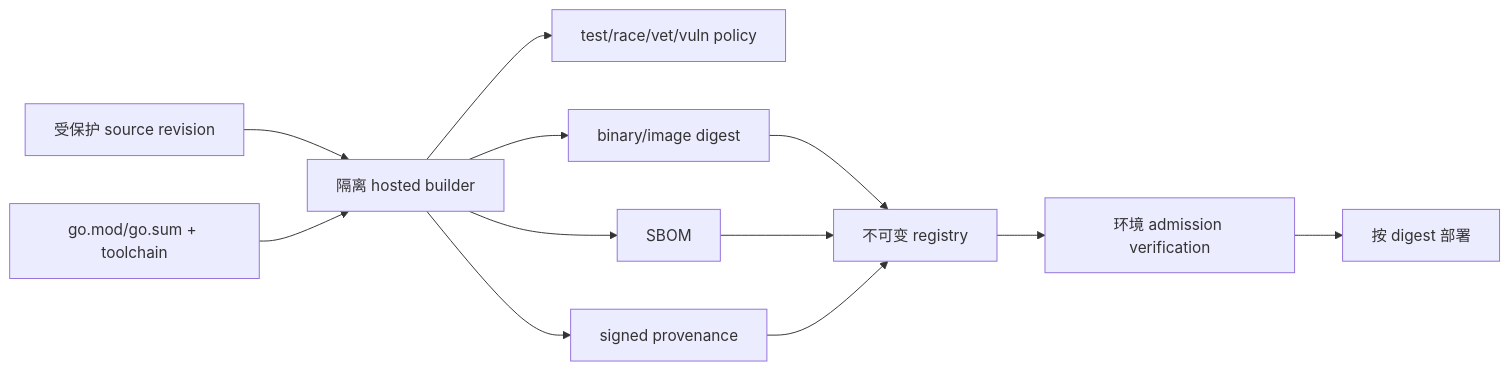
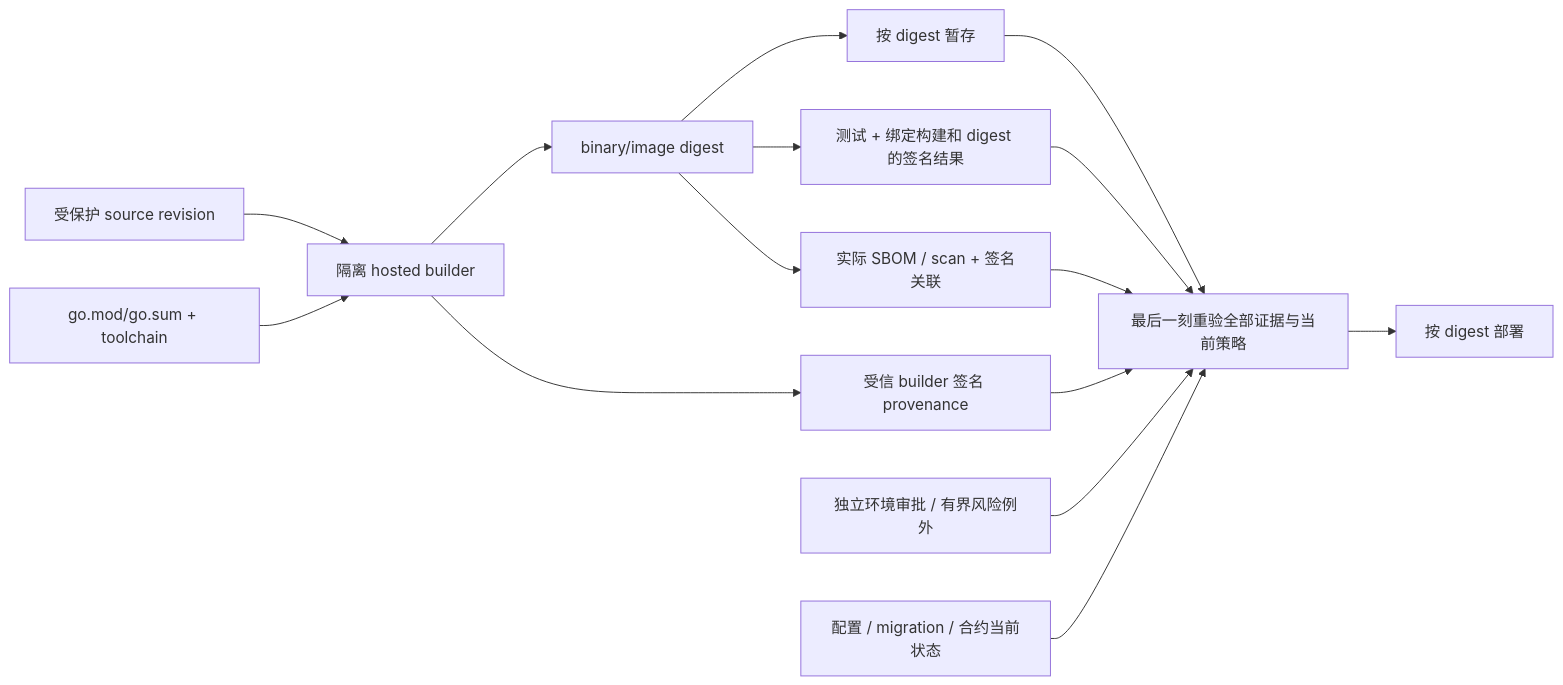
The diagram in docs/topics/21-security-engineering/S-SEC-03-sbom-provenance-release-admission.md (twodog-tt/Golang-development-manual), drawn with Mermaid before and after one commit. The commit also changed other lines of this file and 20 other files, not shown here.

````diff
--- a/docs/topics/21-security-engineering/S-SEC-03-sbom-provenance-release-admission.md
+++ b/docs/topics/21-security-engineering/S-SEC-03-sbom-provenance-release-admission.md
@@ -42,14 +48,17 @@
 ```mermaid
 flowchart LR
   Source["受保护 source revision"] --> Build["隔离 hosted builder"]
   Lock["go.mod/go.sum + toolchain"] --> Build
-  Build --> Test["test/race/vet/vuln policy"]
   Build --> Artifact["binary/image digest"]
-  Build --> SBOM["SBOM"]
-  Build --> Prov["signed provenance"]
-  Artifact --> Registry["不可变 registry"]
-  SBOM --> Registry
-  Prov --> Registry
-  Registry --> Admit["环境 admission verification"]
+  Artifact --> Test["测试 + 绑定构建和 digest 的签名结果"]
+  Artifact --> SBOM["实际 SBOM / scan + 签名关联"]
+  Build --> Prov["受信 builder 签名 provenance"]
+  Artifact --> Registry["按 digest 暂存"]
+  Registry --> Admit["最后一刻重验全部证据与当前策略"]
+  Test --> Admit
+  SBOM --> Admit
+  Prov --> Admit
+  Approval["独立环境审批 / 有界风险例外"] --> Admit
+  Target["配置 / migration / 合约当前状态"] --> Admit
   Admit --> Runtime["按 digest 部署"]
 ```
````
